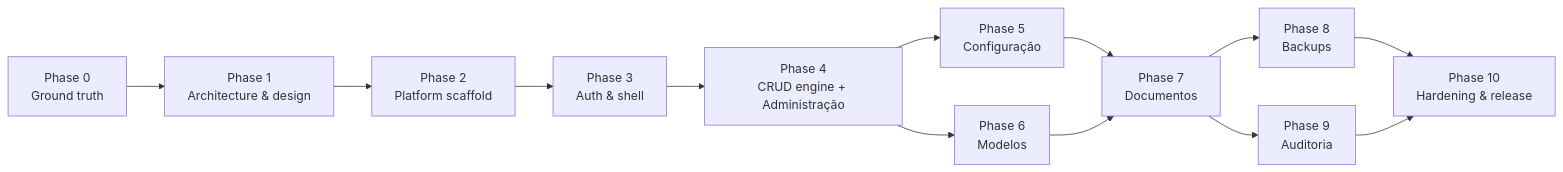
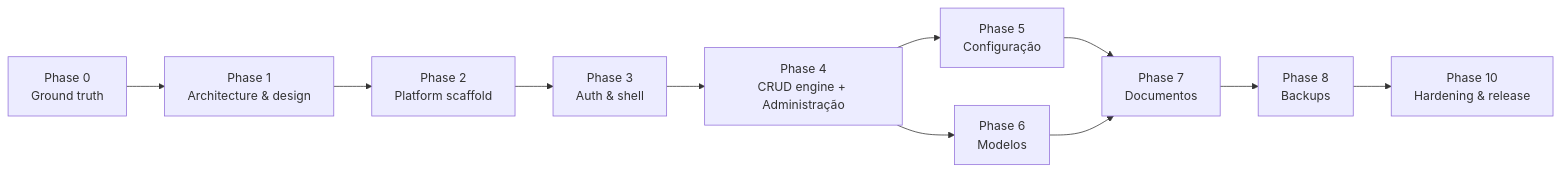
Before and after one commit to joao-ribeiro83/GestSIID: the second of 2 diagrams in analysis/MASTER_PLAN.md, drawn with Mermaid. The commit also changed other lines of this file and 1 other file, not shown here.

First line of the commit message:
docs(plan): Phase 4 retrospective — app/CLAUDE.md, Phases 5–10 revised (Step 4.7)

````diff
--- a/analysis/MASTER_PLAN.md
+++ b/analysis/MASTER_PLAN.md
@@ -90,15 +90,13 @@
 ```mermaid
 flowchart LR
   P0[Phase 0<br/>Ground truth] --> P1[Phase 1<br/>Architecture & design]
   P1 --> P2[Phase 2<br/>Platform scaffold]
   P2 --> P3[Phase 3<br/>Auth & shell]
   P3 --> P4[Phase 4<br/>CRUD engine + Administração]
   P4 --> P5[Phase 5<br/>Configuração]
   P4 --> P6[Phase 6<br/>Modelos]
   P5 --> P7[Phase 7<br/>Documentos]
   P6 --> P7
   P7 --> P8[Phase 8<br/>Backups]
-  P7 --> P9[Phase 9<br/>Auditoria]
   P8 --> P10[Phase 10<br/>Hardening & release]
-  P9 --> P10
 ```
````
